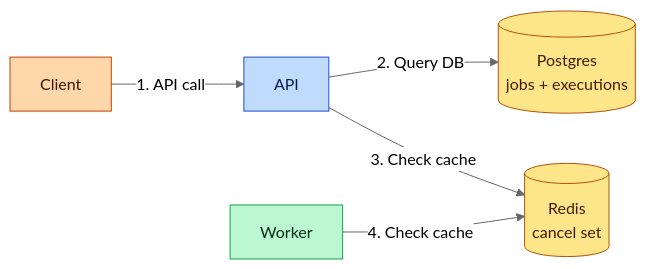
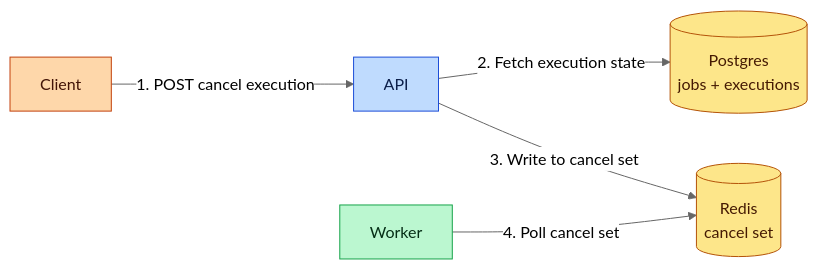
One commit to iluzn/HLD-Designs changed the fifth of 11 diagrams in content/hld/JobScheduler.md. Above: the diagram before and after it, drawn with Mermaid (neutral theme). The commit also changed other lines of this file and 27 other files, not shown here.

````diff
--- a/content/hld/JobScheduler.md
+++ b/content/hld/JobScheduler.md
@@ -352,18 +352,18 @@
 ```mermaid
 flowchart LR
     CLIENT["Client"]:::client
     API["API"]:::edge
     DB[("Postgres<br/>jobs + executions")]:::data
     CANCEL[("Redis<br/>cancel set")]:::data
     WORKER["Worker"]:::service
 
-    CLIENT -->|"1. API call"| API
-    API -->|"2. Query DB"| DB
-    API -->|"3. Check cache"| CANCEL
-    WORKER -->|"4. Check cache"| CANCEL
+    CLIENT -->|"1. POST cancel execution"| API
+    API -->|"2. Fetch execution state"| DB
+    API -->|"3. Write to cancel set"| CANCEL
+    WORKER -->|"4. Poll cancel set"| CANCEL
 
     classDef client fill:#fed7aa,stroke:#c2410c,color:#431407
     classDef edge fill:#bfdbfe,stroke:#1d4ed8,color:#0c1f4a
     classDef service fill:#bbf7d0,stroke:#16a34a,color:#052e16
     classDef data fill:#fde68a,stroke:#b45309,color:#451a03
 ```
````
